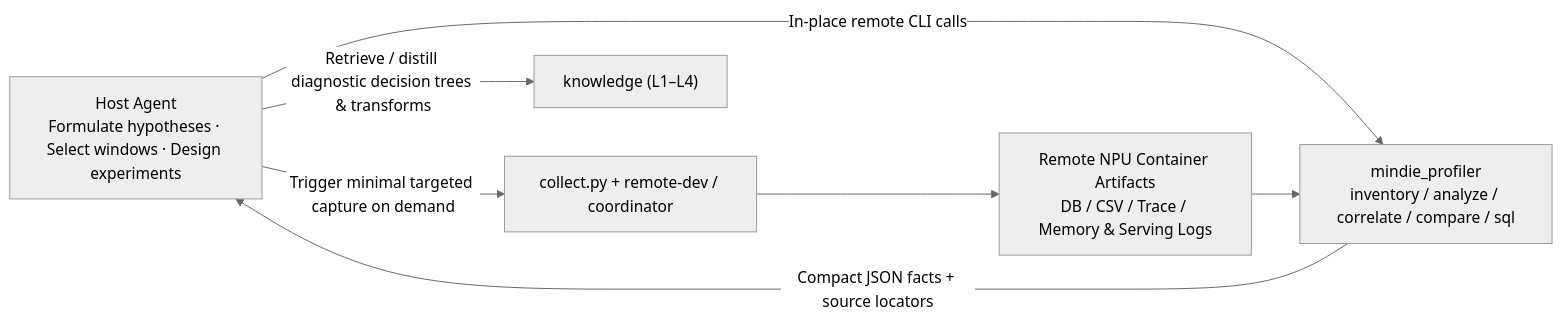
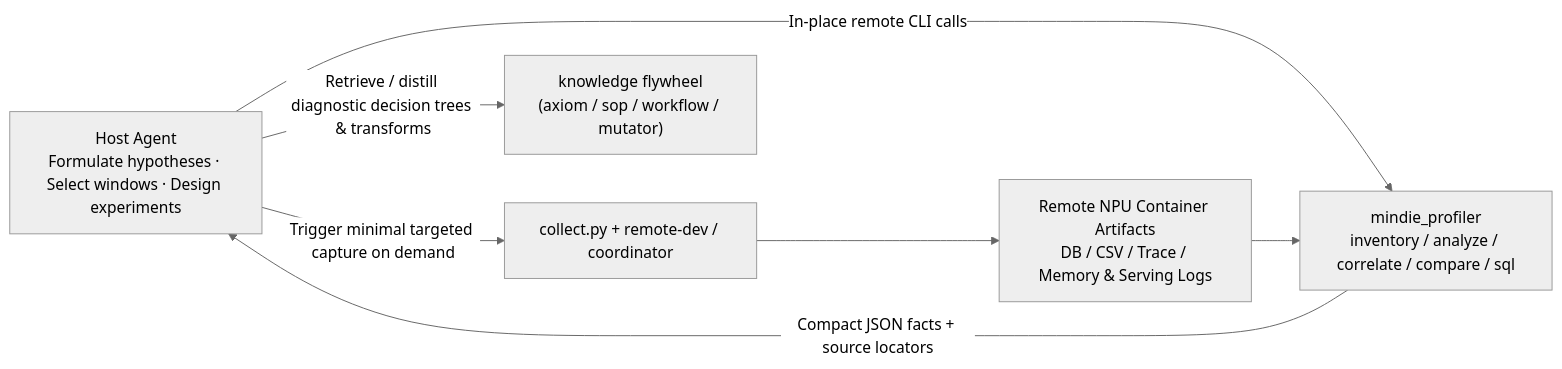
Before and after one commit to grandolantow/mindie-agent: the first of 2 diagrams in docs/profiler-system.en.md, drawn with Mermaid (neutral theme). The commit also changed other lines of this file and 17 other files, not shown here.

Commit message:
docs(rsi): integrate AMD-AGI/GEAK and Apple ml-rsi-inference-bench RSI safeguards and architecture alignment

````diff
--- a/docs/profiler-system.en.md
+++ b/docs/profiler-system.en.md
@@ -36,9 +36,9 @@
 ```mermaid
 flowchart LR
     A["Host Agent<br/>Formulate hypotheses · Select windows · Design experiments"] -->|"In-place remote CLI calls"| P["mindie_profiler<br/>inventory / analyze / correlate / compare / sql"]
     D["Remote NPU Container Artifacts<br/>DB / CSV / Trace / Memory & Serving Logs"] --> P
     P -->|"Compact JSON facts + source locators"| A
     A -->|"Trigger minimal targeted capture on demand"| C["collect.py + remote-dev / coordinator"]
     C --> D
-    A -->|"Retrieve / distill diagnostic decision trees & transforms"| K["knowledge (L1–L4)"]
+    A -->|"Retrieve / distill diagnostic decision trees & transforms"| K["knowledge flywheel<br/>(axiom / sop / workflow / mutator)"]
 ```
````
